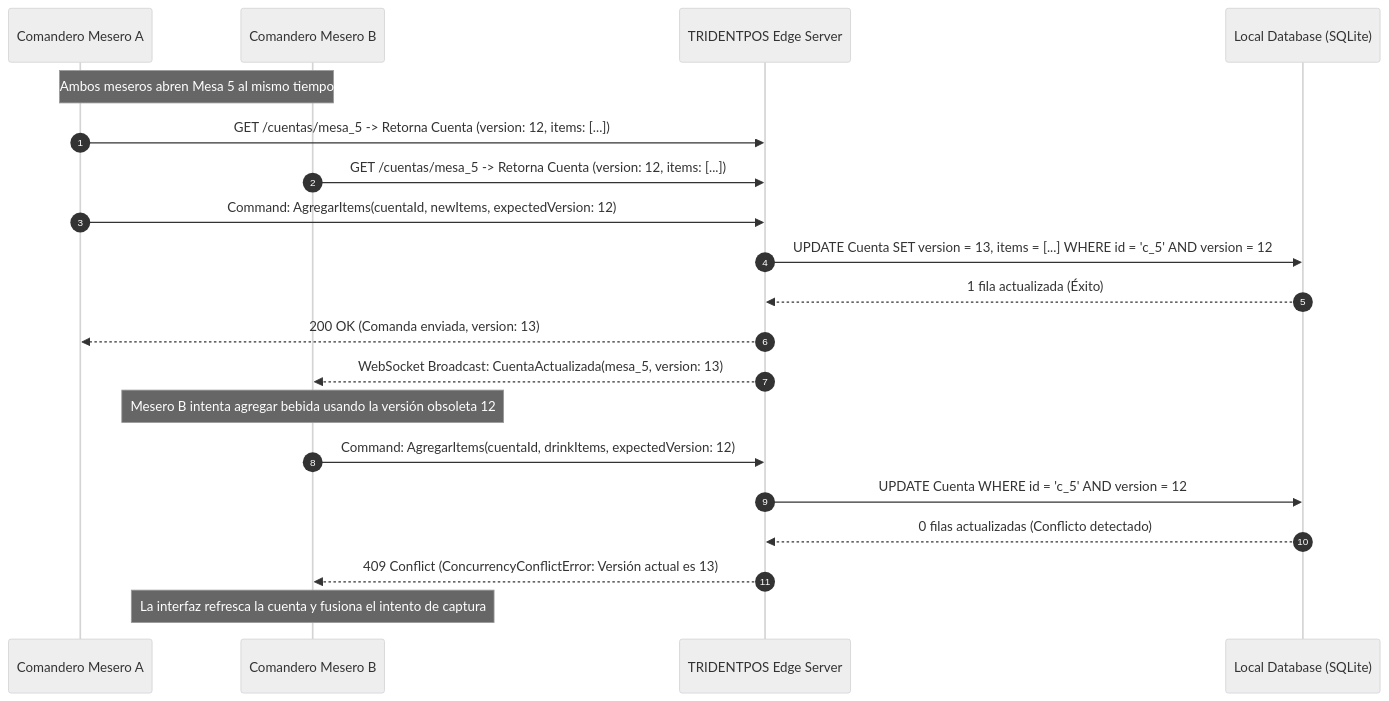
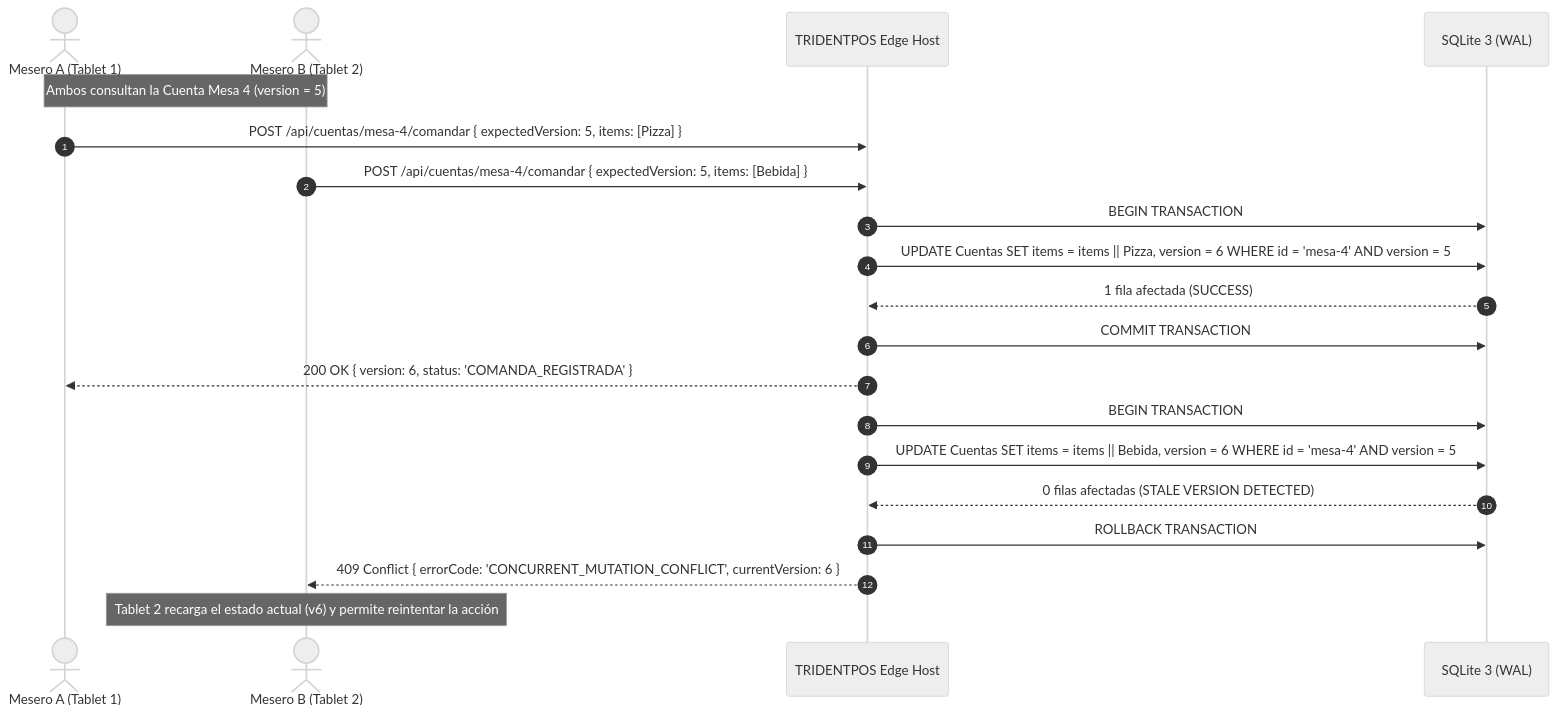
Before and after one commit to Lucas030509/TRIDENTPOS: the second of 2 diagrams in SOLUTION_ARCHITECTURE.md, drawn with Mermaid (neutral theme). The commit also changed other lines of this file and 23 other files, not shown here.

Commit message:
fix(architecture): remediate solution architecture gate findings

````diff
--- a/SOLUTION_ARCHITECTURE.md
+++ b/SOLUTION_ARCHITECTURE.md
@@ -172,25 +77,26 @@
 ```mermaid
 sequenceDiagram
     autonumber
-    participant Waiter1 as Comandero Mesero A
-    participant Waiter2 as Comandero Mesero B
-    participant Edge as TRIDENTPOS Edge Server
-    participant DB as Local Database (SQLite)
+    actor MeseroA as Mesero A (Tablet 1)
+    actor MeseroB as Mesero B (Tablet 2)
+    participant Edge as TRIDENTPOS Edge Host
+    participant SQLite as SQLite 3 (WAL)
 
-    Note over Waiter1,Waiter2: Ambos meseros abren Mesa 5 al mismo tiempo
-    Waiter1->>Edge: GET /cuentas/mesa_5 -> Retorna Cuenta (version: 12, items: [...])
-    Waiter2->>Edge: GET /cuentas/mesa_5 -> Retorna Cuenta (version: 12, items: [...])
+    Note over MeseroA,MeseroB: Ambos consultan la Cuenta Mesa 4 (version = 5)
+    MeseroA->>Edge: POST /api/cuentas/mesa-4/comandar { expectedVersion: 5, items: [Pizza] }
+    MeseroB->>Edge: POST /api/cuentas/mesa-4/comandar { expectedVersion: 5, items: [Bebida] }
 
-    Waiter1->>Edge: Command: AgregarItems(cuentaId, newItems, expectedVersion: 12)
-    Edge->>DB: UPDATE Cuenta SET version = 13, items = [...] WHERE id = 'c_5' AND version = 12
-    DB-->>Edge: 1 fila actualizada (Éxito)
-    Edge-->>Waiter1: 200 OK (Comanda enviada, version: 13)
-    Edge-->>Waiter2: WebSocket Broadcast: CuentaActualizada(mesa_5, version: 13)
+    Edge->>SQLite: BEGIN TRANSACTION
+    Edge->>SQLite: UPDATE Cuentas SET items = items || Pizza, version = 6 WHERE id = 'mesa-4' AND version = 5
+    SQLite-->>Edge: 1 fila afectada (SUCCESS)
+    Edge->>SQLite: COMMIT TRANSACTION
+    Edge-->>MeseroA: 200 OK { version: 6, status: 'COMANDA_REGISTRADA' }
 
-    Note over Waiter2: Mesero B intenta agregar bebida usando la versión obsoleta 12
-    Waiter2->>Edge: Command: AgregarItems(cuentaId, drinkItems, expectedVersion: 12)
-    Edge->>DB: UPDATE Cuenta WHERE id = 'c_5' AND version = 12
-    DB-->>Edge: 0 filas actualizadas (Conflicto detectado)
-    Edge-->>Waiter2: 409 Conflict (ConcurrencyConflictError: Versión actual es 13)
-    Note over Waiter2: La interfaz refresca la cuenta y fusiona el intento de captura
+    Edge->>SQLite: BEGIN TRANSACTION
+    Edge->>SQLite: UPDATE Cuentas SET items = items || Bebida, version = 6 WHERE id = 'mesa-4' AND version = 5
+    SQLite-->>Edge: 0 filas afectadas (STALE VERSION DETECTED)
+    Edge->>SQLite: ROLLBACK TRANSACTION
+    Edge-->>MeseroB: 409 Conflict { errorCode: 'CONCURRENT_MUTATION_CONFLICT', currentVersion: 6 }
+    
+    Note over MeseroB: Tablet 2 recarga el estado actual (v6) y permite reintentar la acción
 ```
````
